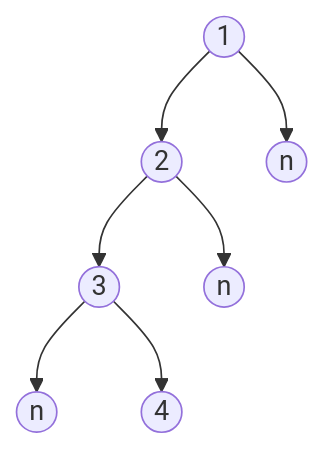
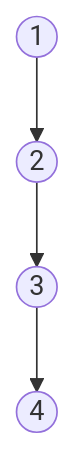
One commit to Daniel-Wei/Algo_DS_Notes changed the first of 2 diagrams in 数据结构/Tree/AVL/BST/Readme.md. Above: the diagram before and after it, drawn with Mermaid.

````diff
--- a/数据结构/Tree/AVL/BST/Readme.md
+++ b/数据结构/Tree/AVL/BST/Readme.md
@@ -6,20 +6,13 @@
 ```mermaid 
 graph TB;
 
 1((1))
 2((2))
 3((3))
 4((4))
-n1((n))
-n2((n))
-n3((n))
-
 
 1-->2
-1-->n1
-2-->n2
 2-->3
-3-->n3
 3-->4
 
 ```
````
